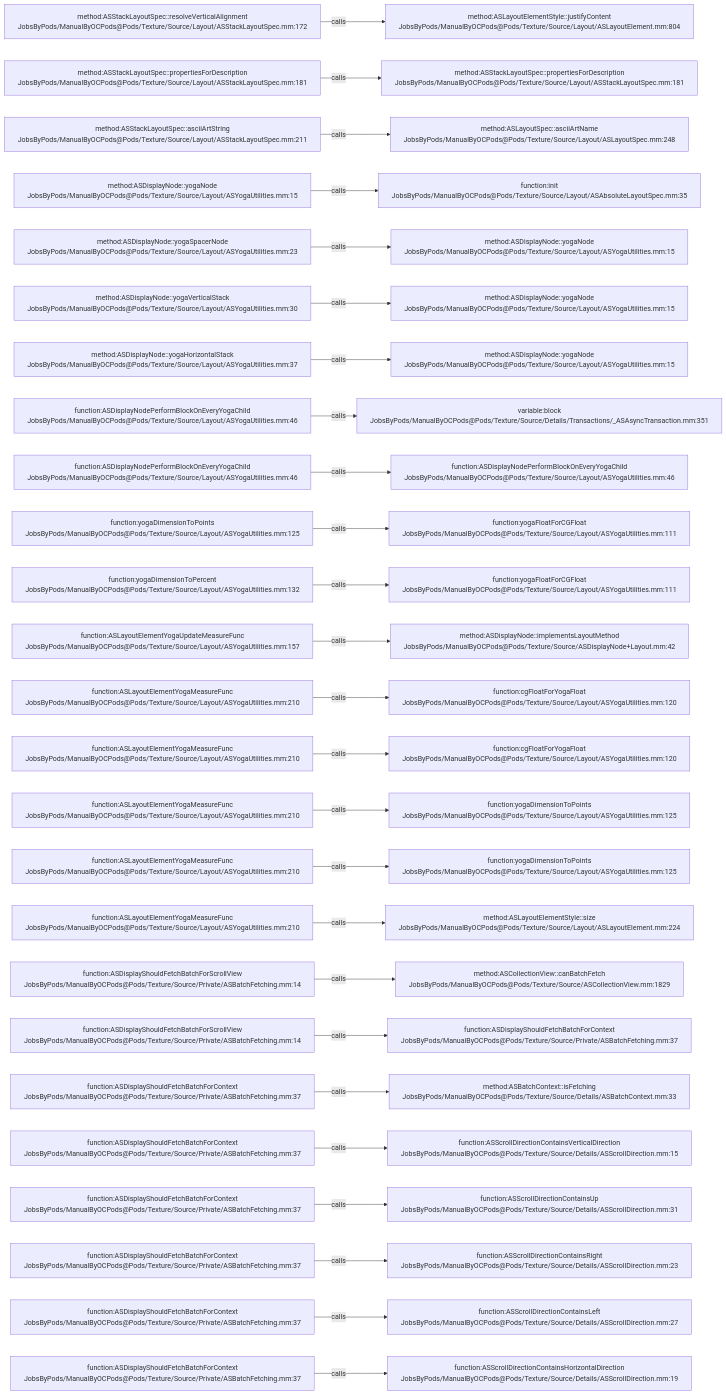
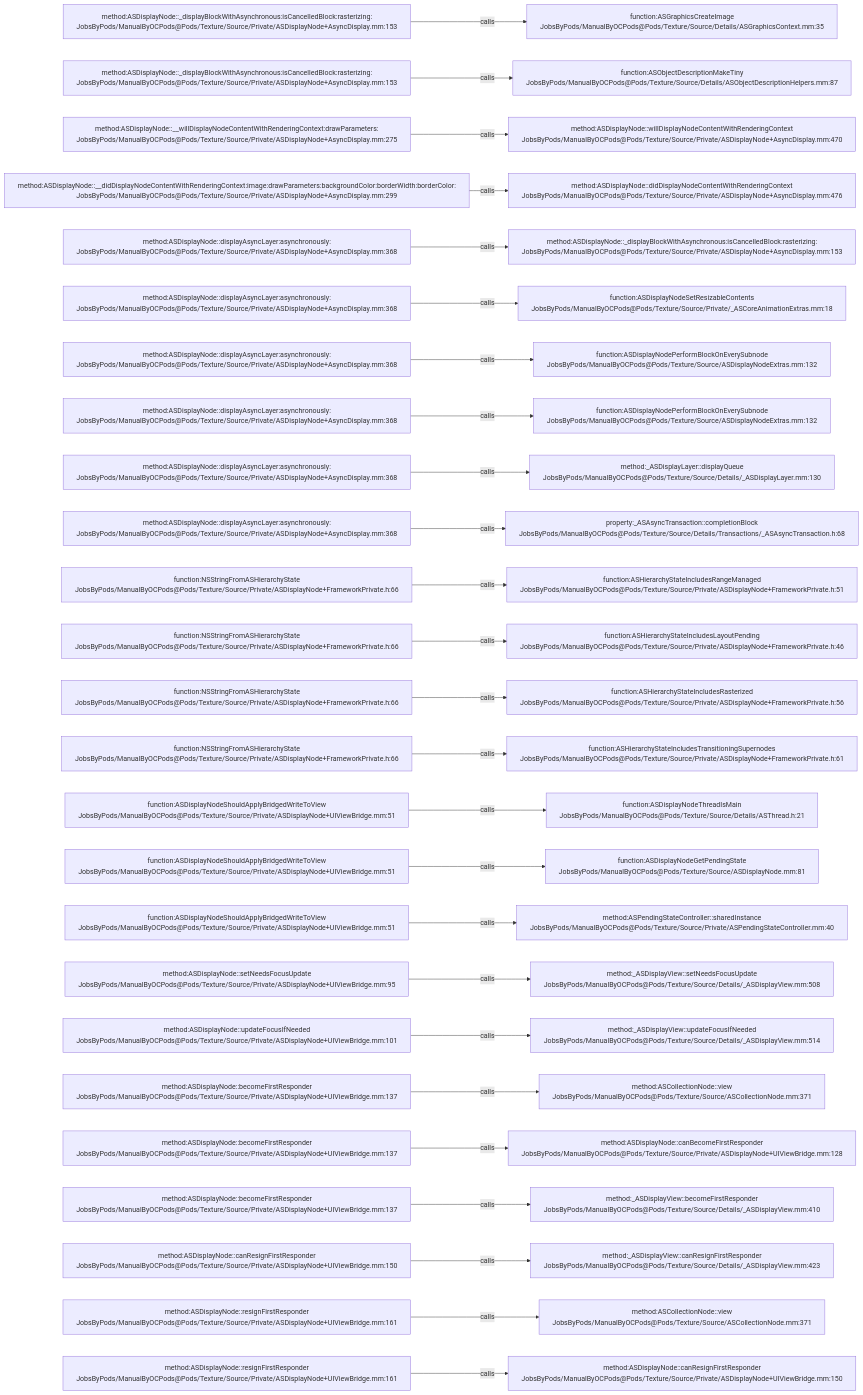
Before and after one commit to JobsKits/JobsOCBaseConfigDemo: the diagram in .codegraph/codegraph.md/graphs/calls-185.md, drawn with Mermaid. The commit also changed 1353 other files, not shown here.

````diff
--- a/.codegraph/codegraph.md/graphs/calls-185.md
+++ b/.codegraph/codegraph.md/graphs/calls-185.md
@@ -13,78 +13,78 @@
 ```mermaid
 flowchart LR
-  S1["method:ASStackLayoutSpec::resolveVerticalAlignment<br/>JobsByPods/ManualByOCPods@Pods/Texture/Source/Layout/ASStackLayoutSpec.mm:172"]
-  T1["method:ASLayoutElementStyle::justifyContent<br/>JobsByPods/ManualByOCPods@Pods/Texture/Source/Layout/ASLayoutElement.mm:804"]
+  S1["method:ASDisplayNode::_displayBlockWithAsynchronous:isCancelledBlock:rasterizing:<br/>JobsByPods/ManualByOCPods@Pods/Texture/Source/Private/ASDisplayNode+AsyncDisplay.mm:153"]
+  T1["function:ASGraphicsCreateImage<br/>JobsByPods/ManualByOCPods@Pods/Texture/Source/Details/ASGraphicsContext.mm:35"]
   S1 -->|calls| T1
-  S2["method:ASStackLayoutSpec::propertiesForDescription<br/>JobsByPods/ManualByOCPods@Pods/Texture/Source/Layout/ASStackLayoutSpec.mm:181"]
-  T2["method:ASStackLayoutSpec::propertiesForDescription<br/>JobsByPods/ManualByOCPods@Pods/Texture/Source/Layout/ASStackLayoutSpec.mm:181"]
+  S2["method:ASDisplayNode::_displayBlockWithAsynchronous:isCancelledBlock:rasterizing:<br/>JobsByPods/ManualByOCPods@Pods/Texture/Source/Private/ASDisplayNode+AsyncDisplay.mm:153"]
+  T2["function:ASObjectDescriptionMakeTiny<br/>JobsByPods/ManualByOCPods@Pods/Texture/Source/Details/ASObjectDescriptionHelpers.mm:87"]
   S2 -->|calls| T2
-  S3["method:ASStackLayoutSpec::asciiArtString<br/>JobsByPods/ManualByOCPods@Pods/Texture/Source/Layout/ASStackLayoutSpec.mm:211"]
-  T3["method:ASLayoutSpec::asciiArtName<br/>JobsByPods/ManualByOCPods@Pods/Texture/Source/Layout/ASLayoutSpec.mm:248"]
+  S3["method:ASDisplayNode::__willDisplayNodeContentWithRenderingContext:drawParameters:<br/>JobsByPods/ManualByOCPods@Pods/Texture/Source/Private/ASDisplayNode+AsyncDisplay.mm:275"]
+  T3["method:ASDisplayNode::willDisplayNodeContentWithRenderingContext<br/>JobsByPods/ManualByOCPods@Pods/Texture/Source/Private/ASDisplayNode+AsyncDisplay.mm:470"]
   S3 -->|calls| T3
-  S4["method:ASDisplayNode::yogaNode<br/>JobsByPods/ManualByOCPods@Pods/Texture/Source/Layout/ASYogaUtilities.mm:15"]
-  T4["function:init<br/>JobsByPods/ManualByOCPods@Pods/Texture/Source/Layout/ASAbsoluteLayoutSpec.mm:35"]
+  S4["method:ASDisplayNode::__didDisplayNodeContentWithRenderingContext:image:drawParameters:backgroundColor:borderWidth:borderColor:<br/>JobsByPods/ManualByOCPods@Pods/Texture/Source/Private/ASDisplayNode+AsyncDisplay.mm:299"]
+  T4["method:ASDisplayNode::didDisplayNodeContentWithRenderingContext<br/>JobsByPods/ManualByOCPods@Pods/Texture/Source/Private/ASDisplayNode+AsyncDisplay.mm:476"]
   S4 -->|calls| T4
-  S5["method:ASDisplayNode::yogaSpacerNode<br/>JobsByPods/ManualByOCPods@Pods/Texture/Source/Layout/ASYogaUtilities.mm:23"]
-  T5["method:ASDisplayNode::yogaNode<br/>JobsByPods/ManualByOCPods@Pods/Texture/Source/Layout/ASYogaUtilities.mm:15"]
+  S5["method:ASDisplayNode::displayAsyncLayer:asynchronously:<br/>JobsByPods/ManualByOCPods@Pods/Texture/Source/Private/ASDisplayNode+AsyncDisplay.mm:368"]
+  T5["method:ASDisplayNode::_displayBlockWithAsynchronous:isCancelledBlock:rasterizing:<br/>JobsByPods/ManualByOCPods@Pods/Texture/Source/Private/ASDisplayNode+AsyncDisplay.mm:153"]
   S5 -->|calls| T5
-  S6["method:ASDisplayNode::yogaVerticalStack<br/>JobsByPods/ManualByOCPods@Pods/Texture/Source/Layout/ASYogaUtilities.mm:30"]
-  T6["method:ASDisplayNode::yogaNode<br/>JobsByPods/ManualByOCPods@Pods/Texture/Source/Layout/ASYogaUtilities.mm:15"]
+  S6["method:ASDisplayNode::displayAsyncLayer:asynchronously:<br/>JobsByPods/ManualByOCPods@Pods/Texture/Source/Private/ASDisplayNode+AsyncDisplay.mm:368"]
+  T6["function:ASDisplayNodeSetResizableContents<br/>JobsByPods/ManualByOCPods@Pods/Texture/Source/Private/_ASCoreAnimationExtras.mm:18"]
   S6 -->|calls| T6
-  S7["method:ASDisplayNode::yogaHorizontalStack<br/>JobsByPods/ManualByOCPods@Pods/Texture/Source/Layout/ASYogaUtilities.mm:37"]
-  T7["method:ASDisplayNode::yogaNode<br/>JobsByPods/ManualByOCPods@Pods/Texture/Source/Layout/ASYogaUtilities.mm:15"]
+  S7["method:ASDisplayNode::displayAsyncLayer:asynchronously:<br/>JobsByPods/ManualByOCPods@Pods/Texture/Source/Private/ASDisplayNode+AsyncDisplay.mm:368"]
+  T7["function:ASDisplayNodePerformBlockOnEverySubnode<br/>JobsByPods/ManualByOCPods@Pods/Texture/Source/ASDisplayNodeExtras.mm:132"]
   S7 -->|calls| T7
-  S8["function:ASDisplayNodePerformBlockOnEveryYogaChild<br/>JobsByPods/ManualByOCPods@Pods/Texture/Source/Layout/ASYogaUtilities.mm:46"]
-  T8["variable:block<br/>JobsByPods/ManualByOCPods@Pods/Texture/Source/Details/Transactions/_ASAsyncTransaction.mm:351"]
+  S8["method:ASDisplayNode::displayAsyncLayer:asynchronously:<br/>JobsByPods/ManualByOCPods@Pods/Texture/Source/Private/ASDisplayNode+AsyncDisplay.mm:368"]
+  T8["function:ASDisplayNodePerformBlockOnEverySubnode<br/>JobsByPods/ManualByOCPods@Pods/Texture/Source/ASDisplayNodeExtras.mm:132"]
   S8 -->|calls| T8
-  S9["function:ASDisplayNodePerformBlockOnEveryYogaChild<br/>JobsByPods/ManualByOCPods@Pods/Texture/Source/Layout/ASYogaUtilities.mm:46"]
-  T9["function:ASDisplayNodePerformBlockOnEveryYogaChild<br/>JobsByPods/ManualByOCPods@Pods/Texture/Source/Layout/ASYogaUtilities.mm:46"]
+  S9["method:ASDisplayNode::displayAsyncLayer:asynchronously:<br/>JobsByPods/ManualByOCPods@Pods/Texture/Source/Private/ASDisplayNode+AsyncDisplay.mm:368"]
+  T9["method:_ASDisplayLayer::displayQueue<br/>JobsByPods/ManualByOCPods@Pods/Texture/Source/Details/_ASDisplayLayer.mm:130"]
   S9 -->|calls| T9
-  S10["function:yogaDimensionToPoints<br/>JobsByPods/ManualByOCPods@Pods/Texture/Source/Layout/ASYogaUtilities.mm:125"]
-  T10["function:yogaFloatForCGFloat<br/>JobsByPods/ManualByOCPods@Pods/Texture/Source/Layout/ASYogaUtilities.mm:111"]
+  S10["method:ASDisplayNode::displayAsyncLayer:asynchronously:<br/>JobsByPods/ManualByOCPods@Pods/Texture/Source/Private/ASDisplayNode+AsyncDisplay.mm:368"]
+  T10["property:_ASAsyncTransaction::completionBlock<br/>JobsByPods/ManualByOCPods@Pods/Texture/Source/Details/Transactions/_ASAsyncTransaction.h:68"]
   S10 -->|calls| T10
-  S11["function:yogaDimensionToPercent<br/>JobsByPods/ManualByOCPods@Pods/Texture/Source/Layout/ASYogaUtilities.mm:132"]
-  T11["function:yogaFloatForCGFloat<br/>JobsByPods/ManualByOCPods@Pods/Texture/Source/Layout/ASYogaUtilities.mm:111"]
+  S11["function:NSStringFromASHierarchyState<br/>JobsByPods/ManualByOCPods@Pods/Texture/Source/Private/ASDisplayNode+FrameworkPrivate.h:66"]
+  T11["function:ASHierarchyStateIncludesRangeManaged<br/>JobsByPods/ManualByOCPods@Pods/Texture/Source/Private/ASDisplayNode+FrameworkPrivate.h:51"]
   S11 -->|calls| T11
-  S12["function:ASLayoutElementYogaUpdateMeasureFunc<br/>JobsByPods/ManualByOCPods@Pods/Texture/Source/Layout/ASYogaUtilities.mm:157"]
-  T12["method:ASDisplayNode::implementsLayoutMethod<br/>JobsByPods/ManualByOCPods@Pods/Texture/Source/ASDisplayNode+Layout.mm:42"]
+  S12["function:NSStringFromASHierarchyState<br/>JobsByPods/ManualByOCPods@Pods/Texture/Source/Private/ASDisplayNode+FrameworkPrivate.h:66"]
+  T12["function:ASHierarchyStateIncludesLayoutPending<br/>JobsByPods/ManualByOCPods@Pods/Texture/Source/Private/ASDisplayNode+FrameworkPrivate.h:46"]
   S12 -->|calls| T12
-  S13["function:ASLayoutElementYogaMeasureFunc<br/>JobsByPods/ManualByOCPods@Pods/Texture/Source/Layout/ASYogaUtilities.mm:210"]
-  T13["function:cgFloatForYogaFloat<br/>JobsByPods/ManualByOCPods@Pods/Texture/Source/Layout/ASYogaUtilities.mm:120"]
+  S13["function:NSStringFromASHierarchyState<br/>JobsByPods/ManualByOCPods@Pods/Texture/Source/Private/ASDisplayNode+FrameworkPrivate.h:66"]
+  T13["function:ASHierarchyStateIncludesRasterized<br/>JobsByPods/ManualByOCPods@Pods/Texture/Source/Private/ASDisplayNode+FrameworkPrivate.h:56"]
   S13 -->|calls| T13
-  S14["function:ASLayoutElementYogaMeasureFunc<br/>JobsByPods/ManualByOCPods@Pods/Texture/Source/Layout/ASYogaUtilities.mm:210"]
-  T14["function:cgFloatForYogaFloat<br/>JobsByPods/ManualByOCPods@Pods/Texture/Source/Layout/ASYogaUtilities.mm:120"]
+  S14["function:NSStringFromASHierarchyState<br/>JobsByPods/ManualByOCPods@Pods/Texture/Source/Private/ASDisplayNode+FrameworkPrivate.h:66"]
+  T14["function:ASHierarchyStateIncludesTransitioningSupernodes<br/>JobsByPods/ManualByOCPods@Pods/Texture/Source/Private/ASDisplayNode+FrameworkPrivate.h:61"]
   S14 -->|calls| T14
-  S15["function:ASLayoutElementYogaMeasureFunc<br/>JobsByPods/ManualByOCPods@Pods/Texture/Source/Layout/ASYogaUtilities.mm:210"]
-  T15["function:yogaDimensionToPoints<br/>JobsByPods/ManualByOCPods@Pods/Texture/Source/Layout/ASYogaUtilities.mm:125"]
+  S15["function:ASDisplayNodeShouldApplyBridgedWriteToView<br/>JobsByPods/ManualByOCPods@Pods/Texture/Source/Private/ASDisplayNode+UIViewBridge.mm:51"]
+  T15["function:ASDisplayNodeThreadIsMain<br/>JobsByPods/ManualByOCPods@Pods/Texture/Source/Details/ASThread.h:21"]
   S15 -->|calls| T15
-  S16["function:ASLayoutElementYogaMeasureFunc<br/>JobsByPods/ManualByOCPods@Pods/Texture/Source/Layout/ASYogaUtilities.mm:210"]
-  T16["function:yogaDimensionToPoints<br/>JobsByPods/ManualByOCPods@Pods/Texture/Source/Layout/ASYogaUtilities.mm:125"]
+  S16["function:ASDisplayNodeShouldApplyBridgedWriteToView<br/>JobsByPods/ManualByOCPods@Pods/Texture/Source/Private/ASDisplayNode+UIViewBridge.mm:51"]
+  T16["function:ASDisplayNodeGetPendingState<br/>JobsByPods/ManualByOCPods@Pods/Texture/Source/ASDisplayNode.mm:81"]
   S16 -->|calls| T16
-  S17["function:ASLayoutElementYogaMeasureFunc<br/>JobsByPods/ManualByOCPods@Pods/Texture/Source/Layout/ASYogaUtilities.mm:210"]
-  T17["method:ASLayoutElementStyle::size<br/>JobsByPods/ManualByOCPods@Pods/Texture/Source/Layout/ASLayoutElement.mm:224"]
+  S17["function:ASDisplayNodeShouldApplyBridgedWriteToView<br/>JobsByPods/ManualByOCPods@Pods/Texture/Source/Private/ASDisplayNode+UIViewBridge.mm:51"]
+  T17["method:ASPendingStateController::sharedInstance<br/>JobsByPods/ManualByOCPods@Pods/Texture/Source/Private/ASPendingStateController.mm:40"]
   S17 -->|calls| T17
-  S18["function:ASDisplayShouldFetchBatchForScrollView<br/>JobsByPods/ManualByOCPods@Pods/Texture/Source/Private/ASBatchFetching.mm:14"]
-  T18["method:ASCollectionView::canBatchFetch<br/>JobsByPods/ManualByOCPods@Pods/Texture/Source/ASCollectionView.mm:1829"]
+  S18["method:ASDisplayNode::setNeedsFocusUpdate<br/>JobsByPods/ManualByOCPods@Pods/Texture/Source/Private/ASDisplayNode+UIViewBridge.mm:95"]
+  T18["method:_ASDisplayView::setNeedsFocusUpdate<br/>JobsByPods/ManualByOCPods@Pods/Texture/Source/Details/_ASDisplayView.mm:508"]
   S18 -->|calls| T18
-  S19["function:ASDisplayShouldFetchBatchForScrollView<br/>JobsByPods/ManualByOCPods@Pods/Texture/Source/Private/ASBatchFetching.mm:14"]
-  T19["function:ASDisplayShouldFetchBatchForContext<br/>JobsByPods/ManualByOCPods@Pods/Texture/Source/Private/ASBatchFetching.mm:37"]
+  S19["method:ASDisplayNode::updateFocusIfNeeded<br/>JobsByPods/ManualByOCPods@Pods/Texture/Source/Private/ASDisplayNode+UIViewBridge.mm:101"]
+  T19["method:_ASDisplayView::updateFocusIfNeeded<br/>JobsByPods/ManualByOCPods@Pods/Texture/Source/Details/_ASDisplayView.mm:514"]
   S19 -->|calls| T19
-  S20["function:ASDisplayShouldFetchBatchForContext<br/>JobsByPods/ManualByOCPods@Pods/Texture/Source/Private/ASBatchFetching.mm:37"]
-  T20["method:ASBatchContext::isFetching<br/>JobsByPods/ManualByOCPods@Pods/Texture/Source/Details/ASBatchContext.mm:33"]
+  S20["method:ASDisplayNode::becomeFirstResponder<br/>JobsByPods/ManualByOCPods@Pods/Texture/Source/Private/ASDisplayNode+UIViewBridge.mm:137"]
+  T20["method:ASCollectionNode::view<br/>JobsByPods/ManualByOCPods@Pods/Texture/Source/ASCollectionNode.mm:371"]
   S20 -->|calls| T20
-  S21["function:ASDisplayShouldFetchBatchForContext<br/>JobsByPods/ManualByOCPods@Pods/Texture/Source/Private/ASBatchFetching.mm:37"]
-  T21["function:ASScrollDirectionContainsVerticalDirection<br/>JobsByPods/ManualByOCPods@Pods/Texture/Source/Details/ASScrollDirection.mm:15"]
+  S21["method:ASDisplayNode::becomeFirstResponder<br/>JobsByPods/ManualByOCPods@Pods/Texture/Source/Private/ASDisplayNode+UIViewBridge.mm:137"]
+  T21["method:ASDisplayNode::canBecomeFirstResponder<br/>JobsByPods/ManualByOCPods@Pods/Texture/Source/Private/ASDisplayNode+UIViewBridge.mm:128"]
   S21 -->|calls| T21
-  S22["function:ASDisplayShouldFetchBatchForContext<br/>JobsByPods/ManualByOCPods@Pods/Texture/Source/Private/ASBatchFetching.mm:37"]
-  T22["function:ASScrollDirectionContainsUp<br/>JobsByPods/ManualByOCPods@Pods/Texture/Source/Details/ASScrollDirection.mm:31"]
+  S22["method:ASDisplayNode::becomeFirstResponder<br/>JobsByPods/ManualByOCPods@Pods/Texture/Source/Private/ASDisplayNode+UIViewBridge.mm:137"]
+  T22["method:_ASDisplayView::becomeFirstResponder<br/>JobsByPods/ManualByOCPods@Pods/Texture/Source/Details/_ASDisplayView.mm:410"]
   S22 -->|calls| T22
-  S23["function:ASDisplayShouldFetchBatchForContext<br/>JobsByPods/ManualByOCPods@Pods/Texture/Source/Private/ASBatchFetching.mm:37"]
-  T23["function:ASScrollDirectionContainsRight<br/>JobsByPods/ManualByOCPods@Pods/Texture/Source/Details/ASScrollDirection.mm:23"]
+  S23["method:ASDisplayNode::canResignFirstResponder<br/>JobsByPods/ManualByOCPods@Pods/Texture/Source/Private/ASDisplayNode+UIViewBridge.mm:150"]
+  T23["method:_ASDisplayView::canResignFirstResponder<br/>JobsByPods/ManualByOCPods@Pods/Texture/Source/Details/_ASDisplayView.mm:423"]
   S23 -->|calls| T23
-  S24["function:ASDisplayShouldFetchBatchForContext<br/>JobsByPods/ManualByOCPods@Pods/Texture/Source/Private/ASBatchFetching.mm:37"]
-  T24["function:ASScrollDirectionContainsLeft<br/>JobsByPods/ManualByOCPods@Pods/Texture/Source/Details/ASScrollDirection.mm:27"]
+  S24["method:ASDisplayNode::resignFirstResponder<br/>JobsByPods/ManualByOCPods@Pods/Texture/Source/Private/ASDisplayNode+UIViewBridge.mm:161"]
+  T24["method:ASCollectionNode::view<br/>JobsByPods/ManualByOCPods@Pods/Texture/Source/ASCollectionNode.mm:371"]
   S24 -->|calls| T24
-  S25["function:ASDisplayShouldFetchBatchForContext<br/>JobsByPods/ManualByOCPods@Pods/Texture/Source/Private/ASBatchFetching.mm:37"]
-  T25["function:ASScrollDirectionContainsHorizontalDirection<br/>JobsByPods/ManualByOCPods@Pods/Texture/Source/Details/ASScrollDirection.mm:19"]
+  S25["method:ASDisplayNode::resignFirstResponder<br/>JobsByPods/ManualByOCPods@Pods/Texture/Source/Private/ASDisplayNode+UIViewBridge.mm:161"]
+  T25["method:ASDisplayNode::canResignFirstResponder<br/>JobsByPods/ManualByOCPods@Pods/Texture/Source/Private/ASDisplayNode+UIViewBridge.mm:150"]
   S25 -->|calls| T25
 ```
````
